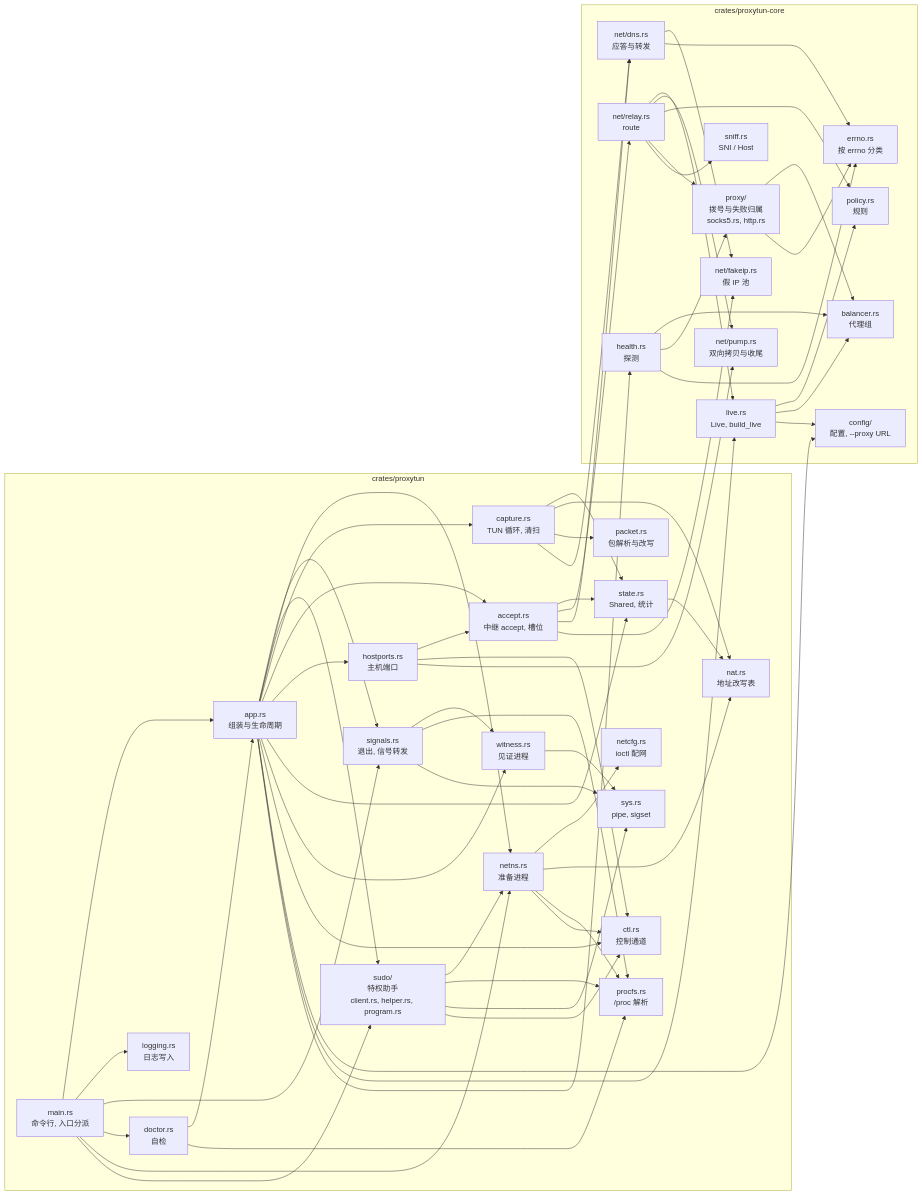
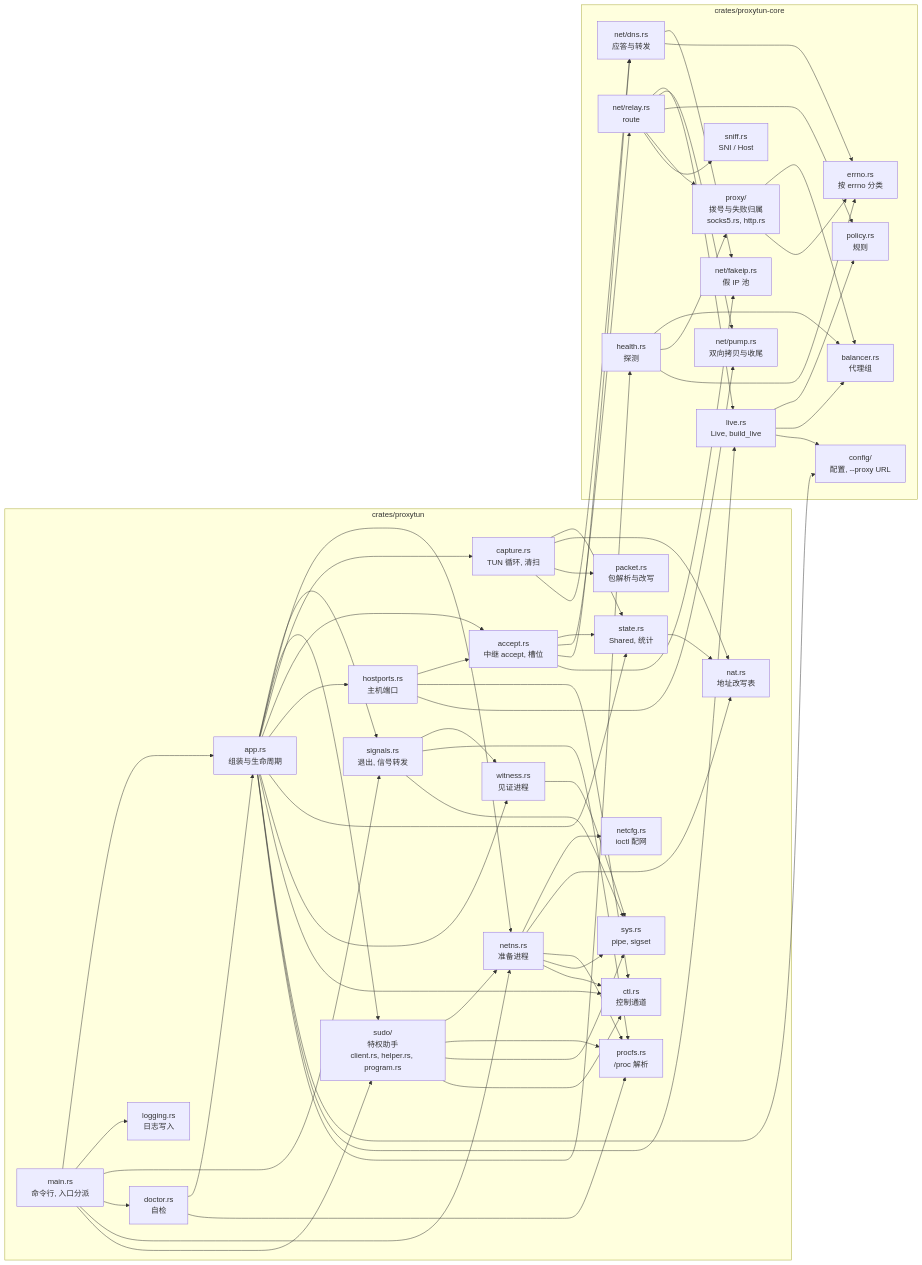
Before and after one commit to moonshawdo/proxytun: the diagram in docs/architecture/modules.md, drawn with Mermaid. The commit also changed other lines of this file and 6 other files, not shown here.

````diff
--- a/docs/architecture/modules.md
+++ b/docs/architecture/modules.md
@@ -14,78 +14,79 @@
 ```mermaid
 flowchart LR
     subgraph BIN["crates/proxytun"]
         MAIN["main.rs<br/>命令行, 入口分派"] --> APP["app.rs<br/>组装与生命周期"]
         MAIN --> LOG["logging.rs<br/>日志写入"]
         MAIN --> SIG["signals.rs<br/>退出, 信号转发"]
         APP --> SIG
         APP --> NETNS["netns.rs<br/>准备进程"]
         APP --> SUDO["sudo/<br/>特权助手<br/>client.rs, helper.rs, program.rs"]
         APP --> CAP["capture.rs<br/>TUN 循环, 清扫"]
         APP --> ACC["accept.rs<br/>中继 accept, 槽位"]
         APP --> HP["hostports.rs<br/>主机端口"]
         APP --> STATE["state.rs<br/>Shared, 统计"]
         APP --> WIT["witness.rs<br/>见证进程"]
         SIG --> WIT
         MAIN --> DOC["doctor.rs<br/>自检"]
         DOC --> APP
         NETNS --> NETCFG["netcfg.rs<br/>ioctl 配网"]
         SUDO --> NETNS
         CAP --> STATE
         ACC --> STATE
         HP --> ACC
         CAP --> NAT["nat.rs<br/>地址改写表"]
         STATE --> NAT
         NETNS --> NAT
         CAP --> PKT["packet.rs<br/>包解析与改写"]
         SIG --> PFS["procfs.rs<br/>/proc 解析"]
         SUDO --> PFS
         NETNS --> PFS
         DOC --> PFS
         SIG --> SYS["sys.rs<br/>pipe, sigset"]
         SUDO --> SYS
         WIT --> SYS
+        NETNS --> SYS
         APP --> CTL["ctl.rs<br/>控制通道"]
         NETNS --> CTL
         SUDO --> CTL
         HP --> CTL
     end
     subgraph CORE["crates/proxytun-core"]
         RELAY["net/relay.rs<br/>route"]
         PUMP["net/pump.rs<br/>双向拷贝与收尾"]
         LIVE["live.rs<br/>Live, build_live"]
         DNS["net/dns.rs<br/>应答与转发"]
         FAKE["net/fakeip.rs<br/>假 IP 池"]
         POL["policy.rs<br/>规则"]
         BAL["balancer.rs<br/>代理组"]
         PRX["proxy/<br/>拨号与失败归属<br/>socks5.rs, http.rs"]
         HEA["health.rs<br/>探测"]
         SNF["sniff.rs<br/>SNI / Host"]
         CFG["config/<br/>配置, --proxy URL"]
         ERR["errno.rs<br/>按 errno 分类"]
     end
     ACC --> RELAY
     ACC --> DNS
     CAP --> DNS
     HP --> PUMP
     DNS --> FAKE
     RELAY --> LIVE
     RELAY --> PUMP
     RELAY --> POL
     RELAY --> PRX
     RELAY --> SNF
     LIVE --> POL
     LIVE --> BAL
     LIVE --> CFG
     PRX --> BAL
     HEA --> BAL
     HEA --> PRX
     PRX --> ERR
     HEA --> ERR
     DNS --> ERR
     ACC --> FAKE
     MAIN --> NETNS
     MAIN --> SUDO
     APP --> CFG
     APP --> LIVE
     APP --> HEA
 ```
````
